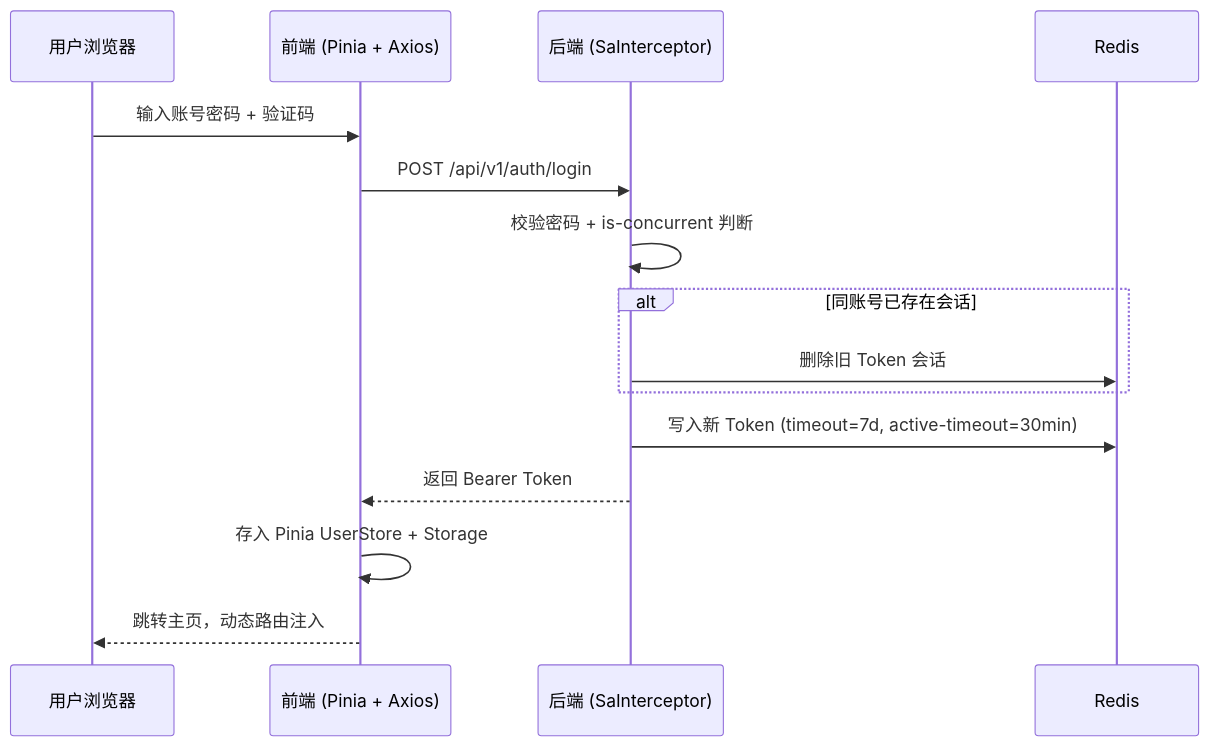
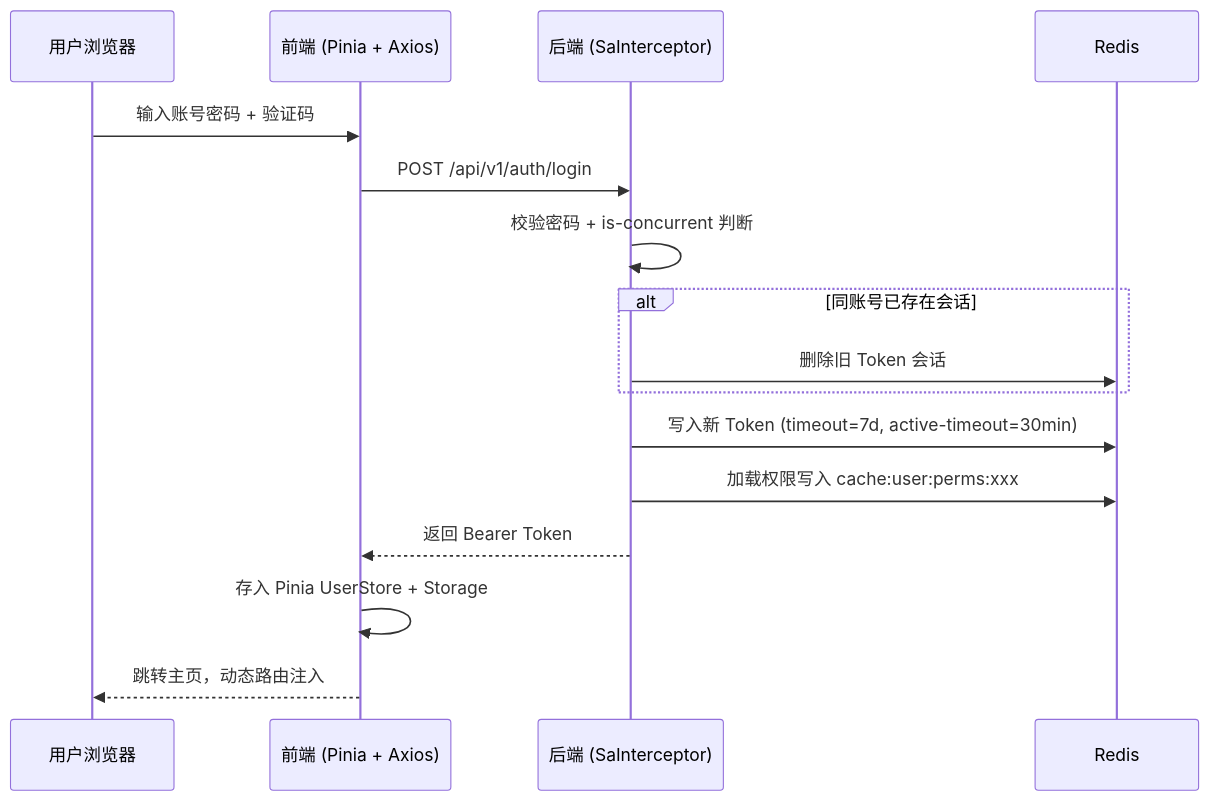
Before and after one commit to qsf0414/digital-employee-java: the second of 4 diagrams in docs/RBAC架构.md, drawn with Mermaid. The commit also changed other lines of this file, not shown here.

````diff
--- a/docs/RBAC架构.md
+++ b/docs/RBAC架构.md
@@ -49,18 +49,19 @@
 ```mermaid
 sequenceDiagram
     participant U as 用户浏览器
     participant FE as 前端 (Pinia + Axios)
     participant BE as 后端 (SaInterceptor)
     participant Redis as Redis
 
     U->>FE: 输入账号密码 + 验证码
     FE->>BE: POST /api/v1/auth/login
     BE->>BE: 校验密码 + is-concurrent 判断
     alt 同账号已存在会话
         BE->>Redis: 删除旧 Token 会话
     end
     BE->>Redis: 写入新 Token (timeout=7d, active-timeout=30min)
+    BE->>Redis: 加载权限写入 cache:user:perms:xxx
     BE-->>FE: 返回 Bearer Token
     FE->>FE: 存入 Pinia UserStore + Storage
     FE-->>U: 跳转主页，动态路由注入
 ```
````
